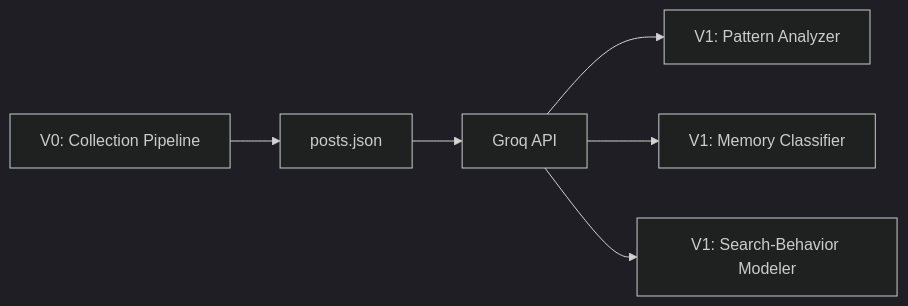
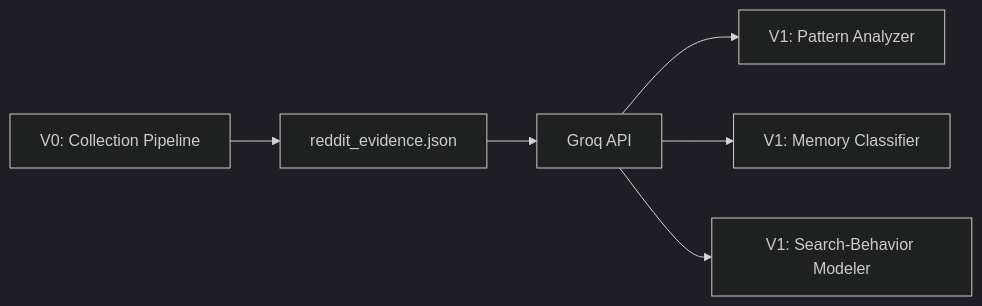
The fifth of 5 diagrams in Docs/architecture.md (Sambit712/googlep-datacollector), drawn with Mermaid (dark theme) before and after one commit. The commit also changed other lines of this file and 9 other files, not shown here.

Commit message:
Standardize V0 evidence schema, null V1 placeholders, and output documentation

````diff
--- a/Docs/architecture.md
+++ b/Docs/architecture.md
@@ -398,8 +401,8 @@
 ```mermaid
 flowchart LR
-    V0["V0: Collection Pipeline"] --> DS["posts.json"]
+    V0["V0: Collection Pipeline"] --> DS["reddit_evidence.json"]
     DS --> GROQ["Groq API"]
     GROQ --> V1A["V1: Pattern Analyzer"]
     GROQ --> V1B["V1: Memory Classifier"]
     GROQ --> V1C["V1: Search-Behavior Modeler"]
 ```
````
